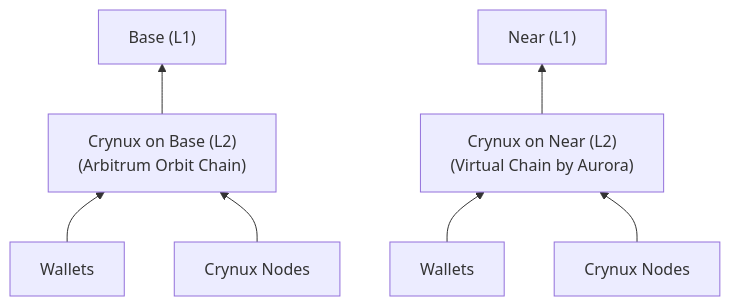
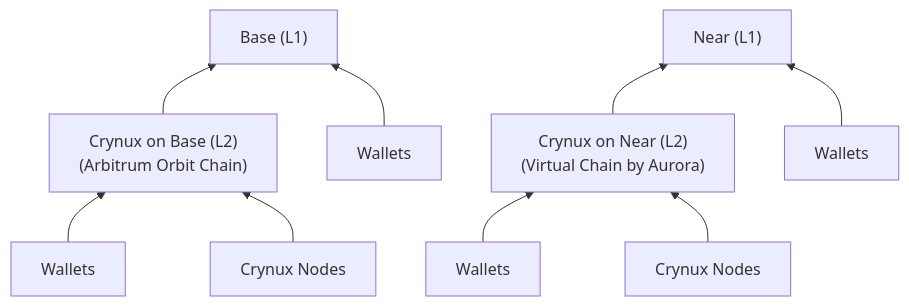
The first of 2 diagrams in gitbook/crynux-token/wallet-configuration.md (crynux-network/documentation), drawn with Mermaid before and after one commit. The commit also changed other lines of this file, not shown here.

````diff
--- a/gitbook/crynux-token/wallet-configuration.md
+++ b/gitbook/crynux-token/wallet-configuration.md
@@ -11,11 +11,13 @@
 ```mermaid
 flowchart BT
   MM_BASE["Wallets"] --> BASE_CHAIN["Crynux on Base (L2)<br/>(Arbitrum Orbit Chain)"]
   NODE_BASE["Crynux Nodes"] --> BASE_CHAIN
   BASE_CHAIN --> BASE["Base (L1)"]
+  MM2_BASE["Wallets"] --> BASE
 
   MM_NEAR["Wallets"] --> VC["Crynux on Near (L2)<br/>(Virtual Chain by Aurora)"]
   NODE_NEAR["Crynux Nodes"] --> VC
   VC --> NEAR["Near (L1)"]
+  MM2_NEAR["Wallets"] --> NEAR
 
 ```
````
